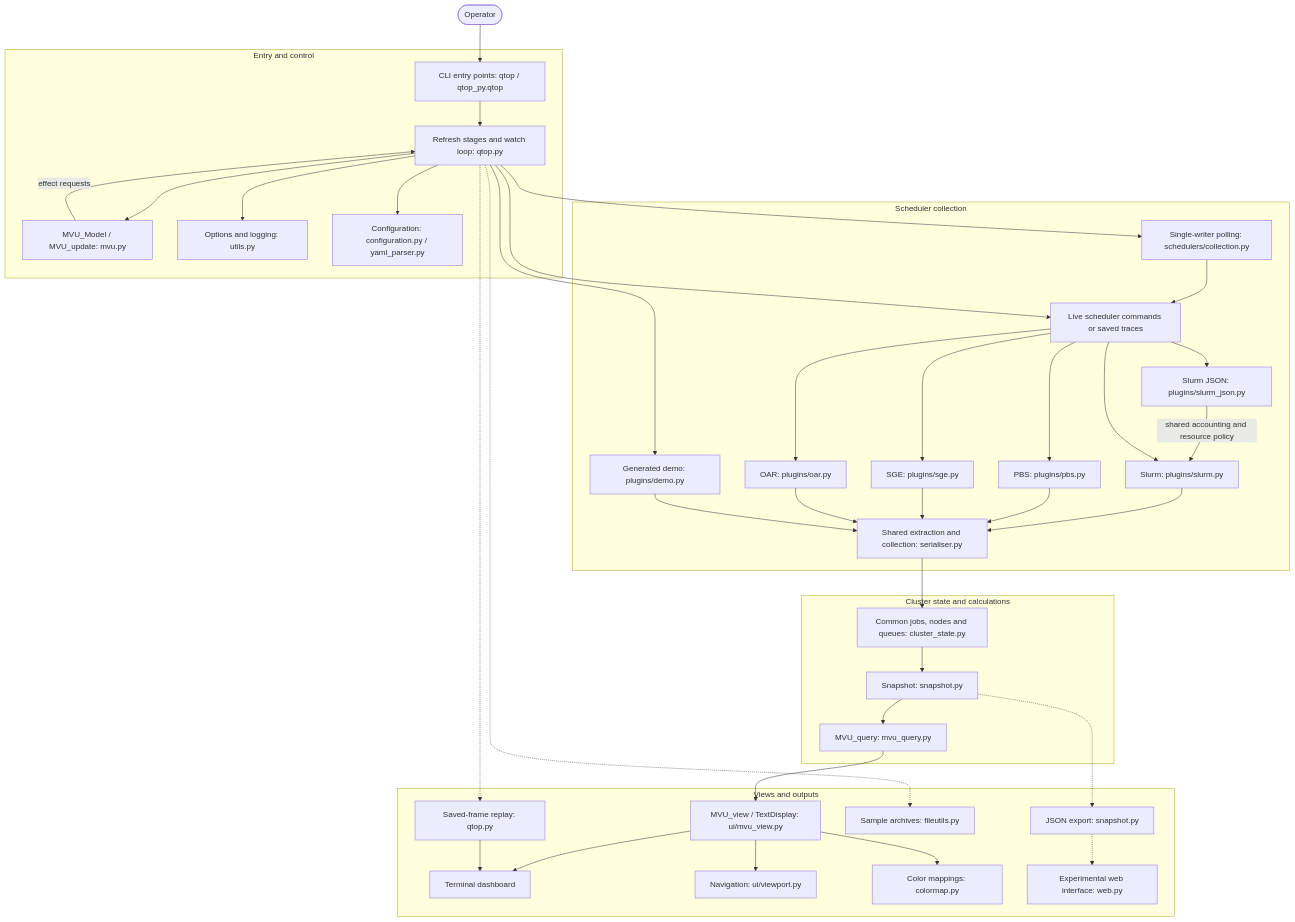
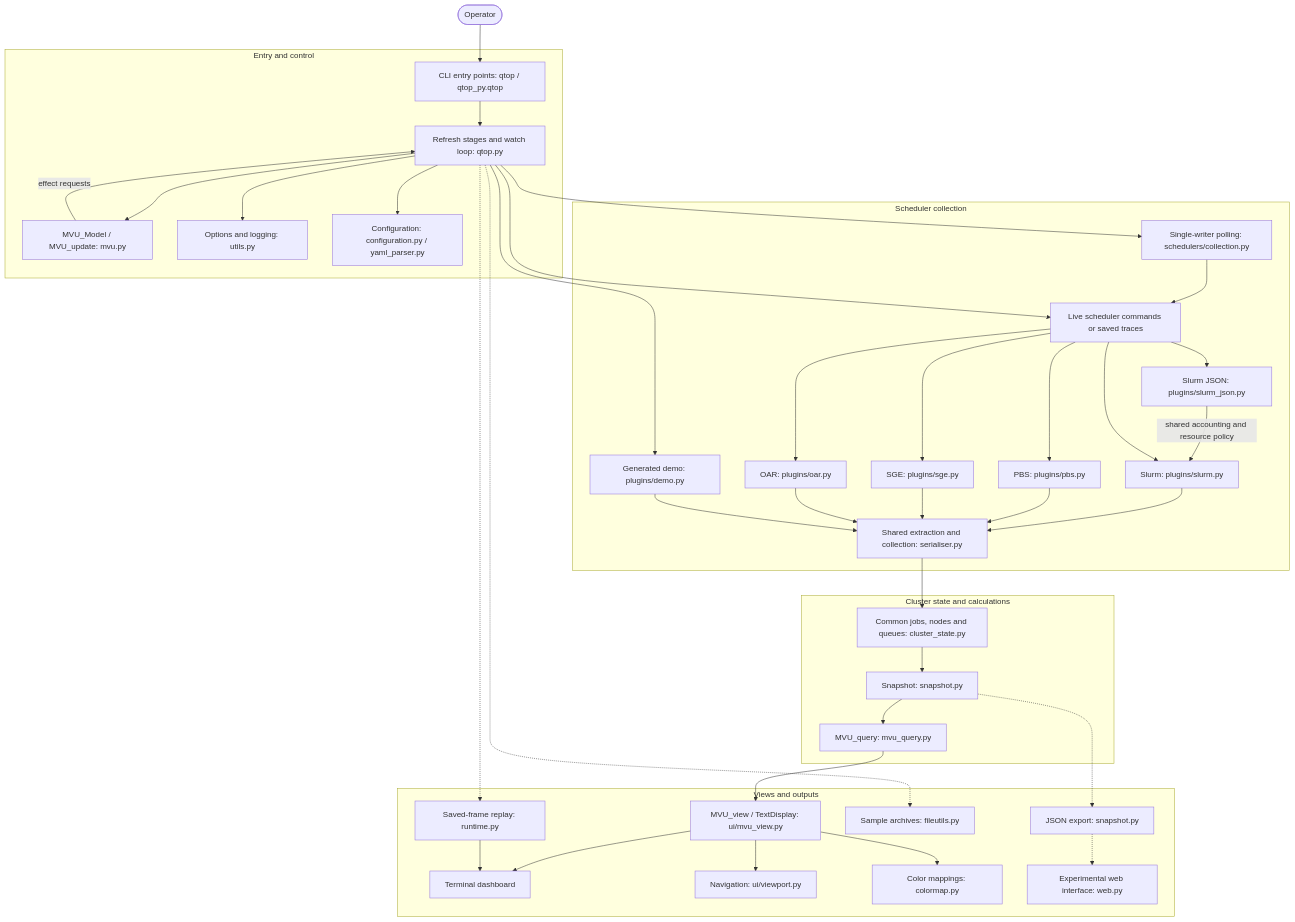
The diagram in docs/architecture.md (qtop/qtop), drawn with Mermaid before and after one commit. The commit also changed other lines of this file and 19 other files, not shown here.

````diff
--- a/docs/architecture.md
+++ b/docs/architecture.md
@@ -21,74 +21,74 @@
 ```mermaid
 flowchart TB
     operator([Operator])
 
     subgraph entry["Entry and control"]
         cli["CLI entry points: qtop / qtop_py.qtop"]
         runtime["Refresh stages and watch loop: qtop.py"]
         update["MVU_Model / MVU_update: mvu.py"]
         runtime --> update
         update -->|effect requests| runtime
         options["Options and logging: utils.py"]
         config["Configuration: configuration.py / yaml_parser.py"]
         cli --> runtime
         runtime --> options
         runtime --> config
     end
     operator --> cli
 
     subgraph collection["Scheduler collection"]
         files["Live scheduler commands or saved traces"]
         slurm["Slurm: plugins/slurm.py"]
         slurmjson["Slurm JSON: plugins/slurm_json.py"]
         poller["Single-writer polling: schedulers/collection.py"]
         poller --> files
         files --> slurmjson
         slurmjson -->|shared accounting and resource policy| slurm
         pbs["PBS: plugins/pbs.py"]
         sge["SGE: plugins/sge.py"]
         oar["OAR: plugins/oar.py"]
         demo["Generated demo: plugins/demo.py"]
         shared["Shared extraction and collection: serialiser.py"]
         files --> slurm
         files --> pbs
         files --> sge
         files --> oar
         slurm --> shared
         pbs --> shared
         sge --> shared
         oar --> shared
         demo --> shared
     end
     runtime --> poller
     runtime --> files
     runtime --> demo
 
     subgraph state["Cluster state and calculations"]
         model["Common jobs, nodes and queues: cluster_state.py"]
         snapshot["Snapshot: snapshot.py"]
         calculations["MVU_query: mvu_query.py"]
         model --> snapshot
         snapshot --> calculations
     end
     shared --> model
 
     subgraph outputs["Views and outputs"]
         render["MVU_view / TextDisplay: ui/mvu_view.py"]
         terminal["Terminal dashboard"]
         viewport["Navigation: ui/viewport.py"]
         colors["Color mappings: colormap.py"]
         json["JSON export: snapshot.py"]
         capture["Sample archives: fileutils.py"]
-        replay["Saved-frame replay: qtop.py"]
+        replay["Saved-frame replay: runtime.py"]
         web["Experimental web interface: web.py"]
         render --> terminal
         render --> viewport
         render --> colors
         json -.-> web
         replay --> terminal
     end
     calculations --> render
     snapshot -.-> json
     runtime -.-> capture
     runtime -.-> replay
 ```
````
